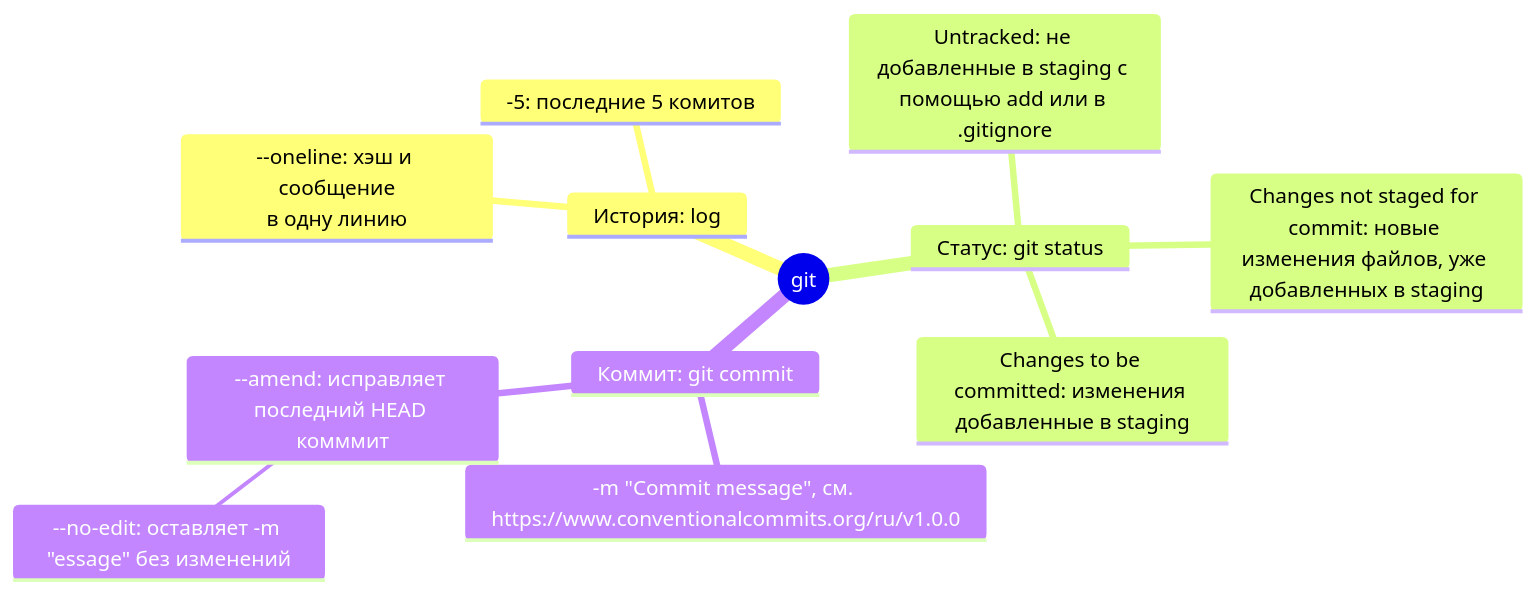
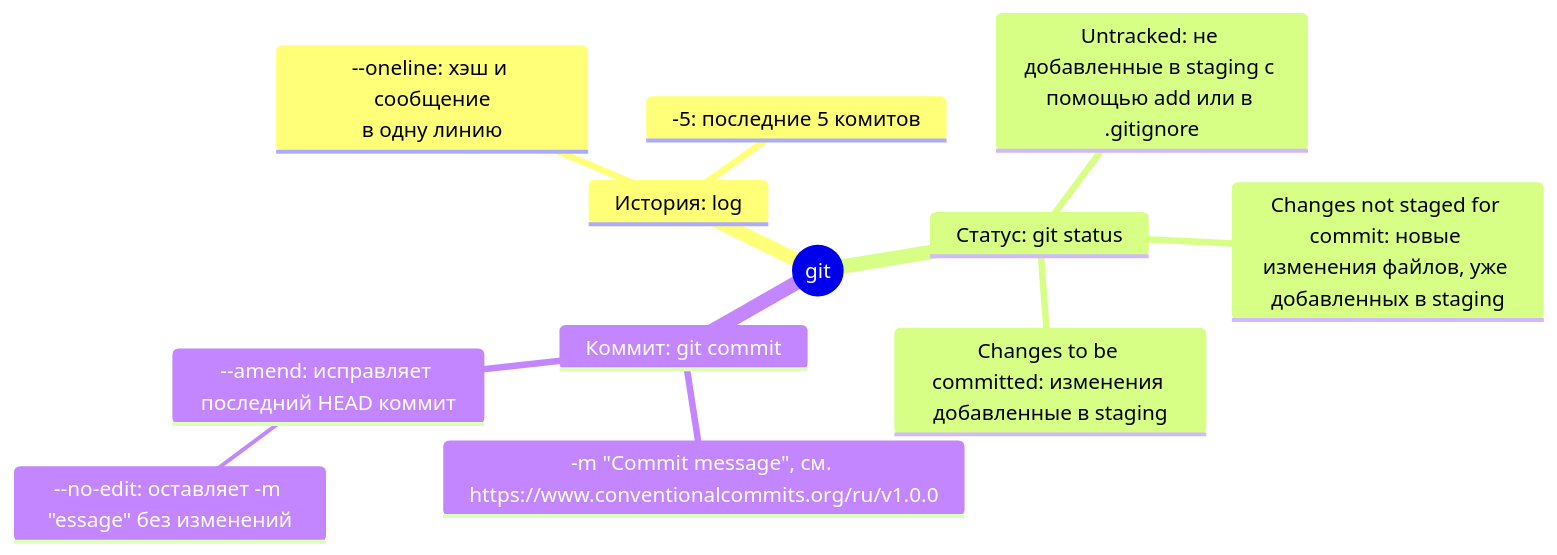
One commit to virtua10ne/wannabe_devops changed the diagram in README.md. Above: the diagram before and after it, drawn with Mermaid.

````diff
--- a/README.md
+++ b/README.md
@@ -51,15 +51,15 @@
 ```mermaid
 mindmap
   root((git))
     История: log
       --oneline: хэш и сообщение<br/>в одну линию
       -5: последние 5 комитов
     Статус: git status
       Untracked: не добавленные в staging с помощью add или в .gitignore
       Changes not staged for commit: новые изменения файлов, уже добавленных в staging
       Changes to be committed: изменения добавленные в staging
     Коммит: git commit
       -m "Commit message", см. https://www.conventionalcommits.org/ru/v1.0.0
-      --amend: исправляет последний HEAD комммит
+      --amend: исправляет последний HEAD коммит
         --no-edit: оставляет -m "essage" без изменений
 ```
````
